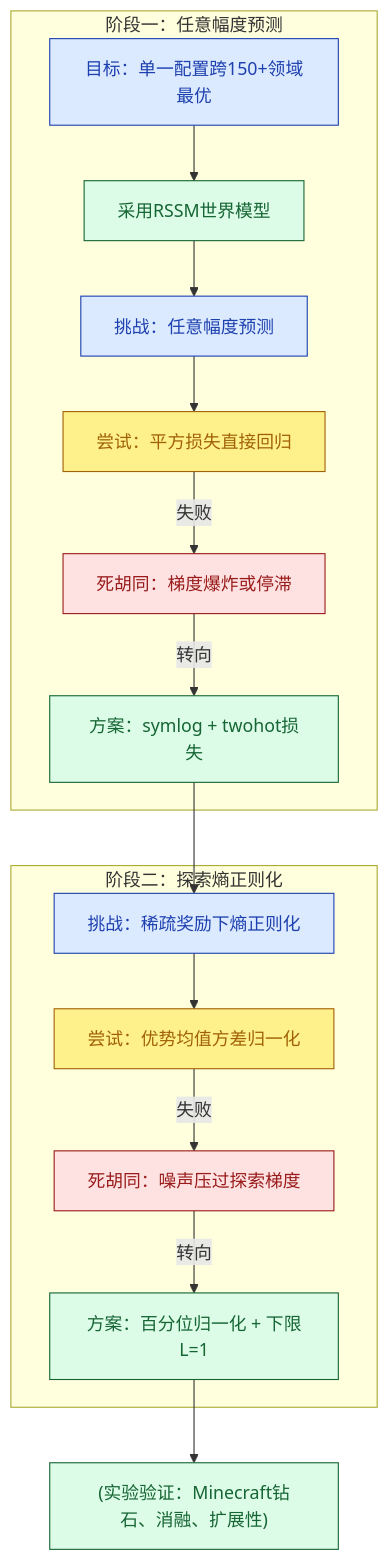
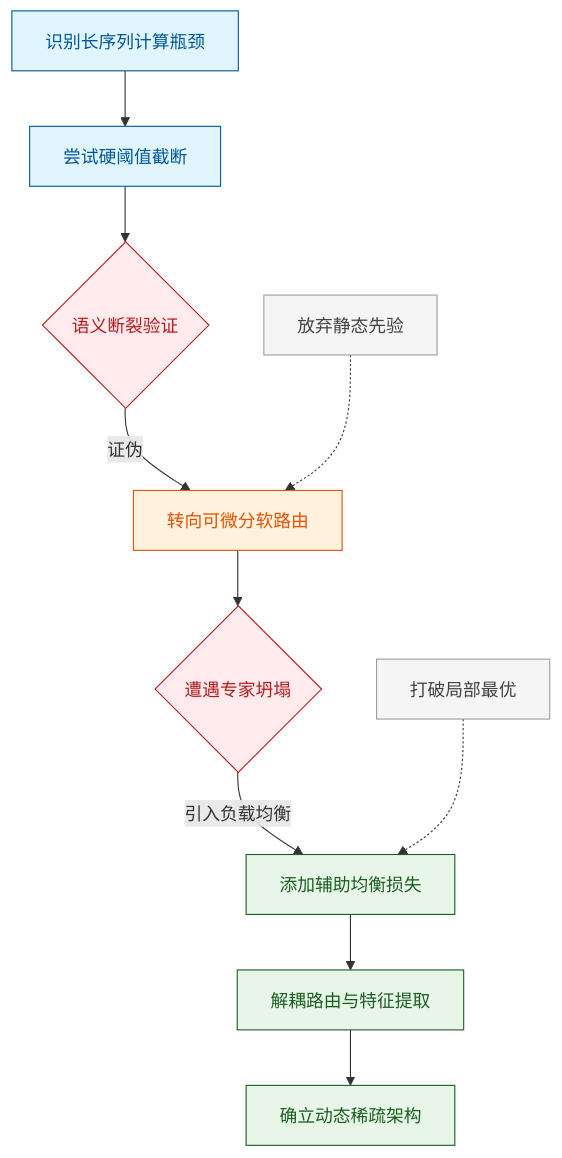
The seventh of 10 diagrams in person_vault/2026-06-08_MasteringDiverseDomainsThroughWorldModels_2301.04104/report.md (ShinewineW/paper-rolling), drawn with Mermaid before and after one commit. The commit also changed other lines of this file and 300 other files, not shown here.

````diff
--- a/person_vault/2026-06-08_MasteringDiverseDomainsThroughWorldModels_2301.04104/report.md
+++ b/person_vault/2026-06-08_MasteringDiverseDomainsThroughWorldModels_2301.04104/report.md
@@ -391,36 +317,19 @@
 ```mermaid
-flowchart TB
-  classDef quest fill:#dbeafe,stroke:#1e40af,color:#1e40af
-  classDef attempt fill:#fef08a,stroke:#a16207,color:#a16207
-  classDef dead fill:#fee2e2,stroke:#991b1b,color:#991b1b
-  classDef success fill:#dcfce7,stroke:#166534,color:#166534
+flowchart TD
+    classDef start fill:#e1f5fe,color:#01579b,stroke:#01579b
+    classDef dead fill:#ffebee,color:#b71c1c,stroke:#b71c1c
+    classDef pivot fill:#fff3e0,color:#e65100,stroke:#e65100
+    classDef success fill:#e8f5e9,color:#1b5e20,stroke:#1b5e20
 
-  subgraph phase1["阶段一：任意幅度预测"]
-    start["目标：单一配置跨150+领域最优"]:::quest
-    wm["采用RSSM世界模型"]:::success
-    q2["挑战：任意幅度预测"]:::quest
-    try1["尝试：平方损失直接回归"]:::attempt
-    dead1["死胡同：梯度爆炸或停滞"]:::dead
-    sol1["方案：symlog + twohot损失"]:::success
-  end
+    start_node["识别长序列计算瓶颈"]:::start --> hard_mask["尝试硬阈值截断"]:::start
+    hard_mask --> fail_context{语义断裂验证}:::dead
+    fail_context -->|证伪| pivot_soft["转向可微分软路由"]:::pivot
+    pivot_soft --> expert_collapse{遭遇专家坍塌}:::dead
+    expert_collapse -->|引入负载均衡| balance_loss["添加辅助均衡损失"]:::success
+    balance_loss --> decouple["解耦路由与特征提取"]:::success
+    decouple --> final_arch["确立动态稀疏架构"]:::success
 
-  subgraph phase2["阶段二：探索熵正则化"]
-    q3["挑战：稀疏奖励下熵正则化"]:::quest
-    try2["尝试：优势均值方差归一化"]:::attempt
-    dead2["死胡同：噪声压过探索梯度"]:::dead
-    sol2["方案：百分位归一化 + 下限L=1"]:::success
-  end
-
-  exp["(实验验证：Minecraft钻石、消融、扩展性)"]:::success
-
-  start --> wm
-  wm --> q2
-  q2 --> try1
-  try1 -- 失败 --> dead1
-  dead1 -- 转向 --> sol1
-  sol1 --> q3
-  q3 --> try2
-  try2 -- 失败 --> dead2
-  dead2 -- 转向 --> sol2
-  sol2 --> exp
+    classDef note fill:#f5f5f5,color:#424242,stroke:#9e9e9e
+    note1["放弃静态先验"]:::note -.-> pivot_soft
+    note2["打破局部最优"]:::note -.-> balance_loss
 ```
````
